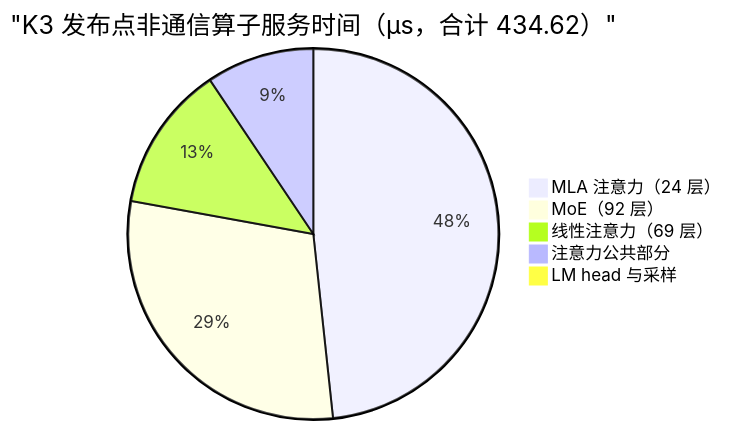
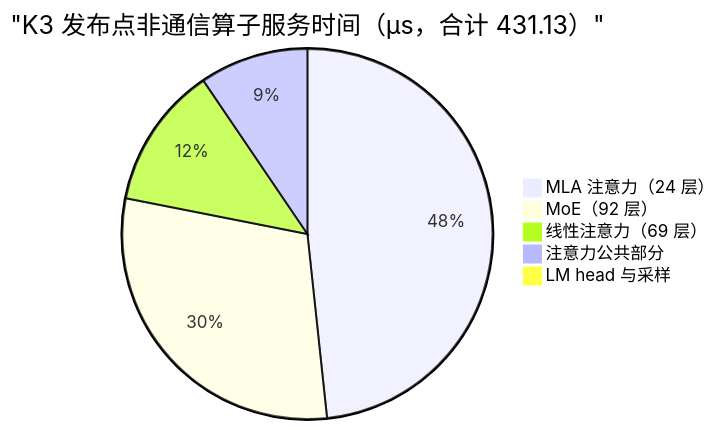
One commit to xqdan/xihu changed the seventh of 7 diagrams in teams/hardware/docs/02_AI_CORE.md. Above: the diagram before and after it, drawn with Mermaid. The commit also changed other lines of this file and 36 other files, not shown here.

````diff
--- a/teams/hardware/docs/02_AI_CORE.md
+++ b/teams/hardware/docs/02_AI_CORE.md
@@ -417,8 +417,8 @@
 ```mermaid
-pie title "K3 发布点非通信算子服务时间（µs，合计 434.62）"
-  "MLA 注意力（24 层）" : 208.62
+pie title "K3 发布点非通信算子服务时间（µs，合计 431.13）"
+  "MLA 注意力（24 层）" : 206.95
   "MoE（92 层）" : 127.63
-  "线性注意力（69 层）" : 55.01
+  "线性注意力（69 层）" : 53.19
   "注意力公共部分" : 40.64
   "LM head 与采样" : 2.72
 ```
````
